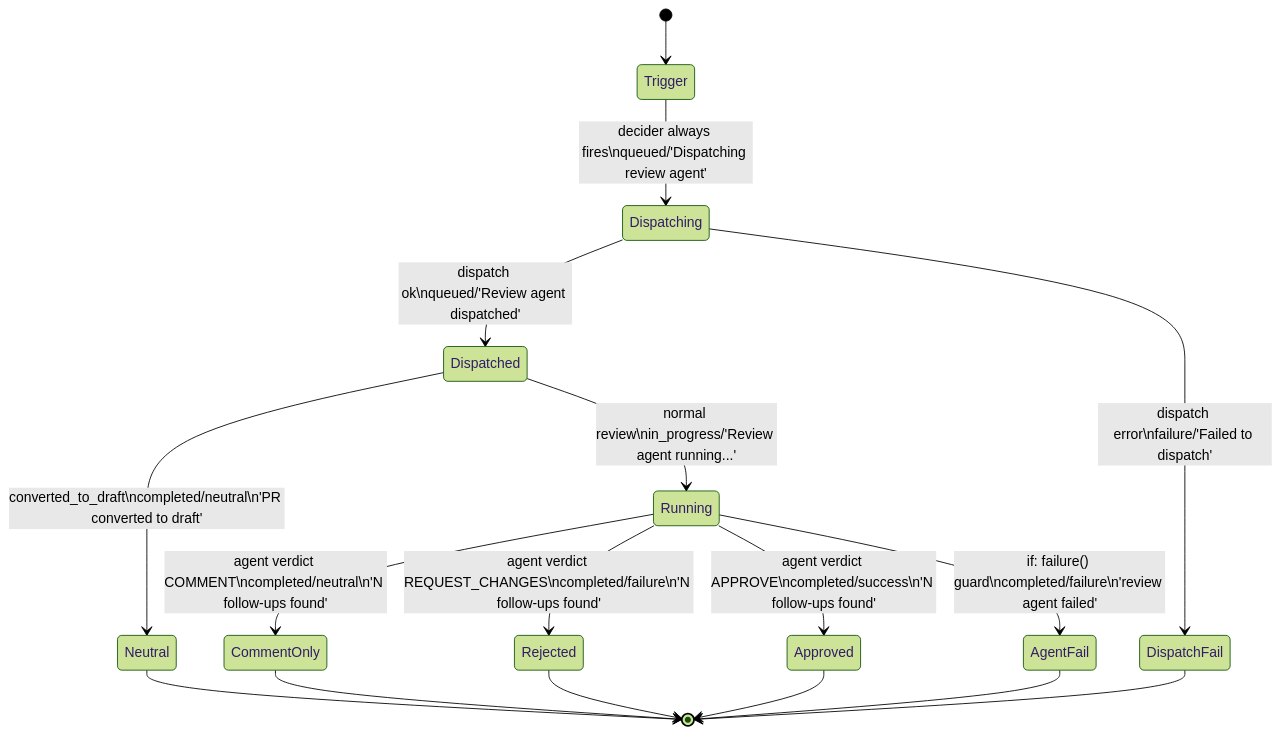
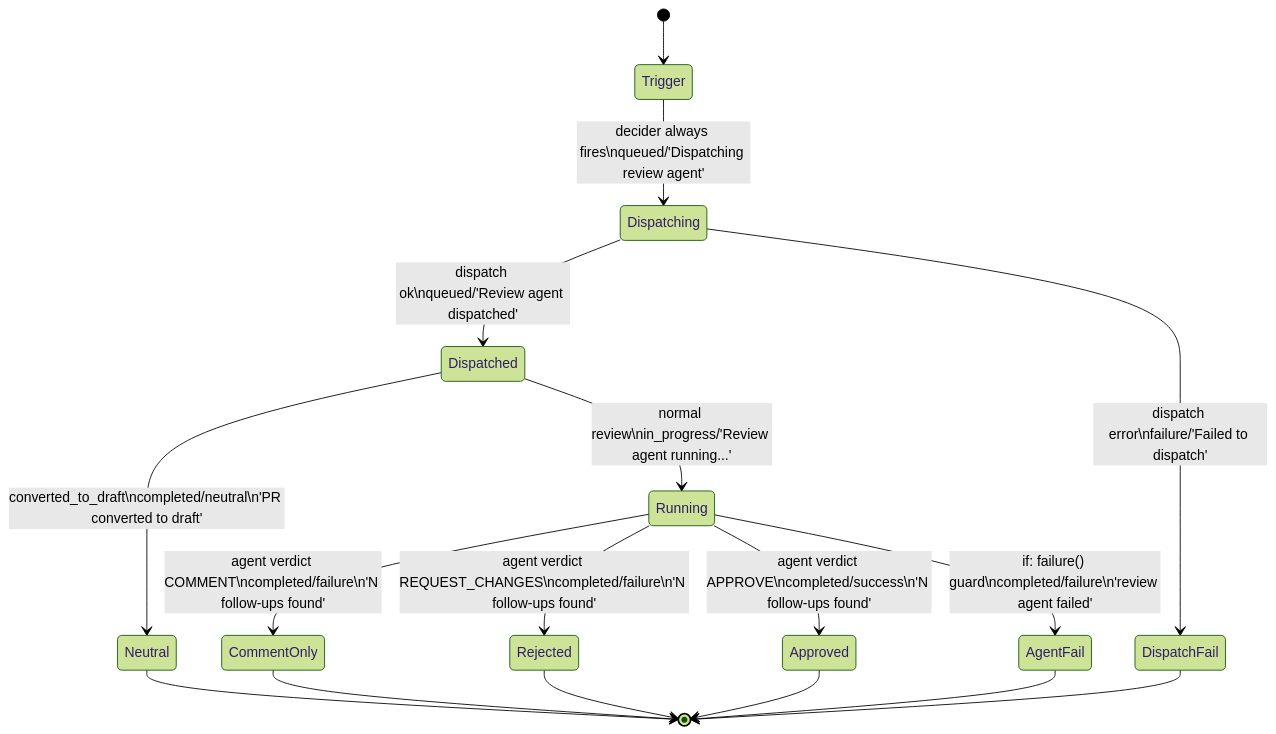
Before and after one commit to nsheaps/agents: the second of 4 diagrams in plugins/claude-code/review-utils/specs/review-dispatch.md, drawn with Mermaid (forest theme). The commit also changed other lines of this file and 5 other files, not shown here.

First line of the commit message:
fix(review-utils): COMMENT verdict must block required checks (#334)

````diff
--- a/plugins/claude-code/review-utils/specs/review-dispatch.md
+++ b/plugins/claude-code/review-utils/specs/review-dispatch.md
@@ -144,24 +144,24 @@
 ```mermaid
 stateDiagram-v2
     [*] --> Trigger
 
     Trigger --> Dispatching: decider always fires\nqueued/'Dispatching review agent'
 
     Dispatching --> Dispatched: dispatch ok\nqueued/'Review agent dispatched'
     Dispatching --> DispatchFail: dispatch error\nfailure/'Failed to dispatch'
 
     Dispatched --> Neutral: converted_to_draft\ncompleted/neutral\n'PR converted to draft'
     Dispatched --> Running: normal review\nin_progress/'Review agent running...'
 
-    Running --> CommentOnly: agent verdict COMMENT\ncompleted/neutral\n'N follow-ups found'
+    Running --> CommentOnly: agent verdict COMMENT\ncompleted/failure\n'N follow-ups found'
     Running --> Rejected: agent verdict REQUEST_CHANGES\ncompleted/failure\n'N follow-ups found'
     Running --> Approved: agent verdict APPROVE\ncompleted/success\n'N follow-ups found'
     Running --> AgentFail: if: failure() guard\ncompleted/failure\n'review agent failed'
 
     Neutral --> [*]
     DispatchFail --> [*]
     CommentOnly --> [*]
     Rejected --> [*]
     Approved --> [*]
     AgentFail --> [*]
 ```
````
